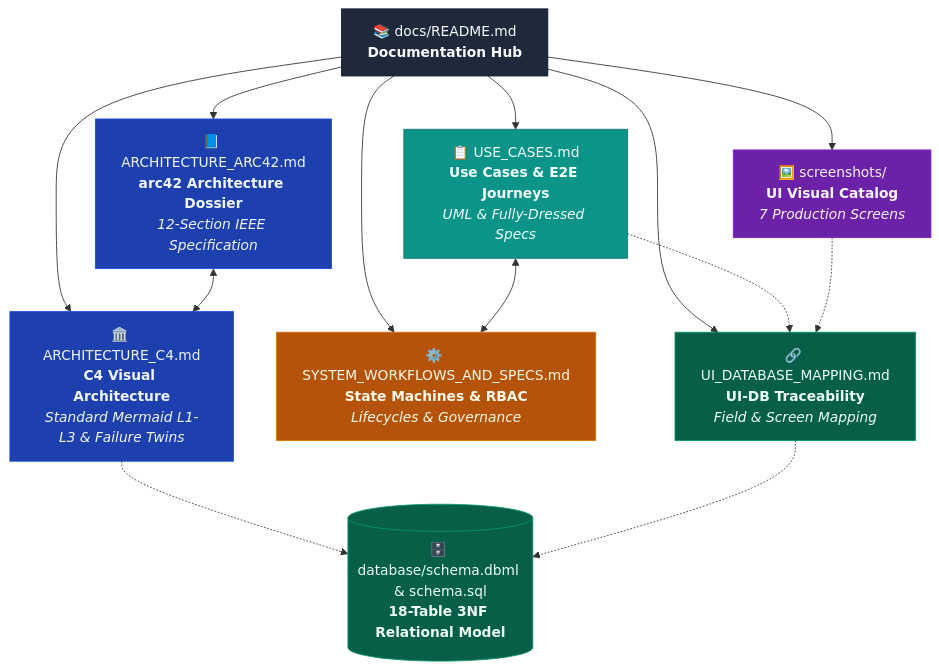
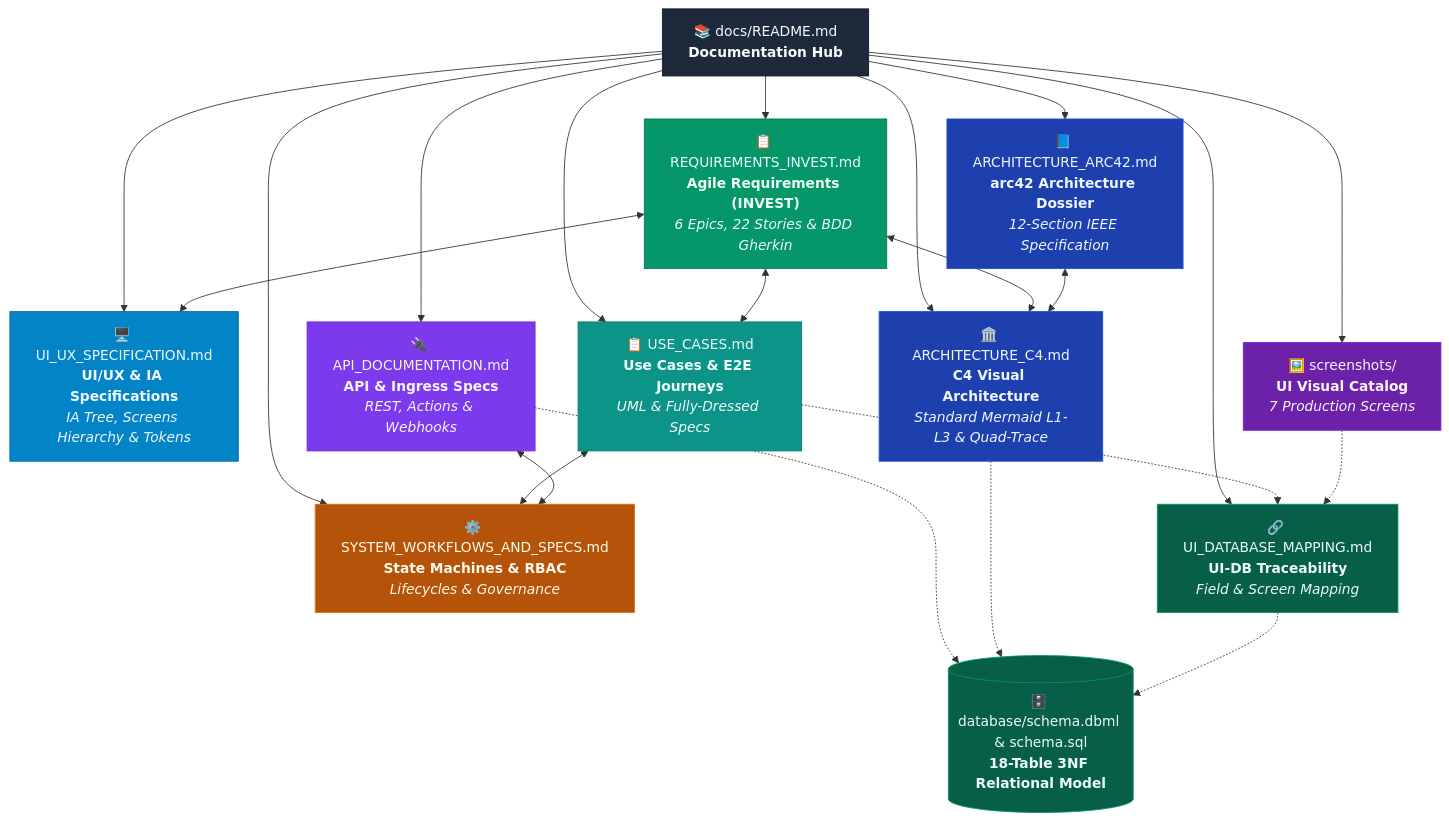
The diagram in docs/README.md (QuanAnh280605/NguyenAnhQuan-Household-Management), drawn with Mermaid before and after one commit. The commit also changed other lines of this file and 5 other files, not shown here.

Commit message:
docs: add comprehensive project documentation including C4 architecture, API specs, requirements, and UI/UX specifications

````diff
--- a/docs/README.md
+++ b/docs/README.md
@@ -5,34 +5,49 @@
 ```mermaid
 flowchart TD
     Hub["📚 docs/README.md<br/><b>Documentation Hub</b>"]
     
+    Invest["📋 REQUIREMENTS_INVEST.md<br/><b>Agile Requirements (INVEST)</b><br/><i>6 Epics, 22 Stories & BDD Gherkin</i>"]
+    UIUX["🖥️ UI_UX_SPECIFICATION.md<br/><b>UI/UX & IA Specifications</b><br/><i>IA Tree, Screens Hierarchy & Tokens</i>"]
     Arc42["📘 ARCHITECTURE_ARC42.md<br/><b>arc42 Architecture Dossier</b><br/><i>12-Section IEEE Specification</i>"]
-    C4["🏛️ ARCHITECTURE_C4.md<br/><b>C4 Visual Architecture</b><br/><i>Standard Mermaid L1-L3 & Failure Twins</i>"]
+    C4["🏛️ ARCHITECTURE_C4.md<br/><b>C4 Visual Architecture</b><br/><i>Standard Mermaid L1-L3 & Quad-Trace</i>"]
     UseCases["📋 USE_CASES.md<br/><b>Use Cases & E2E Journeys</b><br/><i>UML & Fully-Dressed Specs</i>"]
     Specs["⚙️ SYSTEM_WORKFLOWS_AND_SPECS.md<br/><b>State Machines & RBAC</b><br/><i>Lifecycles & Governance</i>"]
+    Api["🔌 API_DOCUMENTATION.md<br/><b>API & Ingress Specs</b><br/><i>REST, Actions & Webhooks</i>"]
     Trace["🔗 UI_DATABASE_MAPPING.md<br/><b>UI-DB Traceability</b><br/><i>Field & Screen Mapping</i>"]
     Shots["🖼️ screenshots/<br/><b>UI Visual Catalog</b><br/><i>7 Production Screens</i>"]
     DB[("🗄️ database/schema.dbml & schema.sql<br/><b>18-Table 3NF Relational Model</b>")]
 
+    Hub --> Invest
+    Hub --> UIUX
     Hub --> Arc42
     Hub --> C4
     Hub --> UseCases
     Hub --> Specs
+    Hub --> Api
     Hub --> Trace
     Hub --> Shots
+
+    Invest <--> UIUX
+    Invest <--> C4
+    Invest <--> UseCases
     Arc42 <--> C4
     UseCases <--> Specs
+    Api <--> Specs
+    Api -.-> DB
     C4 -.-> DB
     Trace -.-> DB
     UseCases -.-> Trace
     Shots -.-> Trace
 
     style Hub fill:#1e293b,stroke:#0f172a,color:#f8fafc
+    style Invest fill:#059669,stroke:#047857,color:#ecfdf5
+    style UIUX fill:#0284c7,stroke:#0369a1,color:#f0f9ff
     style Arc42 fill:#1e40af,stroke:#1d4ed8,color:#eff6ff
     style C4 fill:#1e40af,stroke:#1d4ed8,color:#eff6ff
     style UseCases fill:#0d9488,stroke:#0f766e,color:#f0fdfa
     style Specs fill:#b45309,stroke:#d97706,color:#fffbeb
+    style Api fill:#7c3aed,stroke:#6d28d9,color:#f5f3ff
     style DB fill:#065f46,stroke:#059669,color:#ecfdf5
     style Trace fill:#065f46,stroke:#059669,color:#ecfdf5
     style Shots fill:#6b21a8,stroke:#7e22ce,color:#faf5ff
 ```
````
